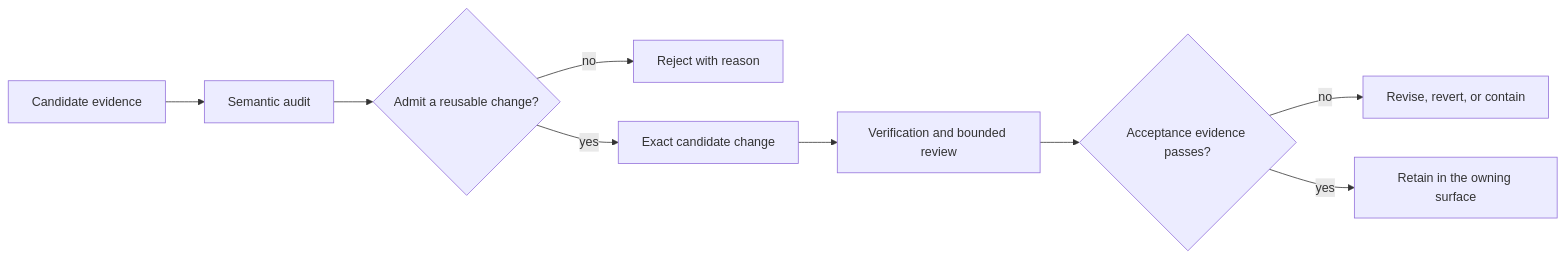
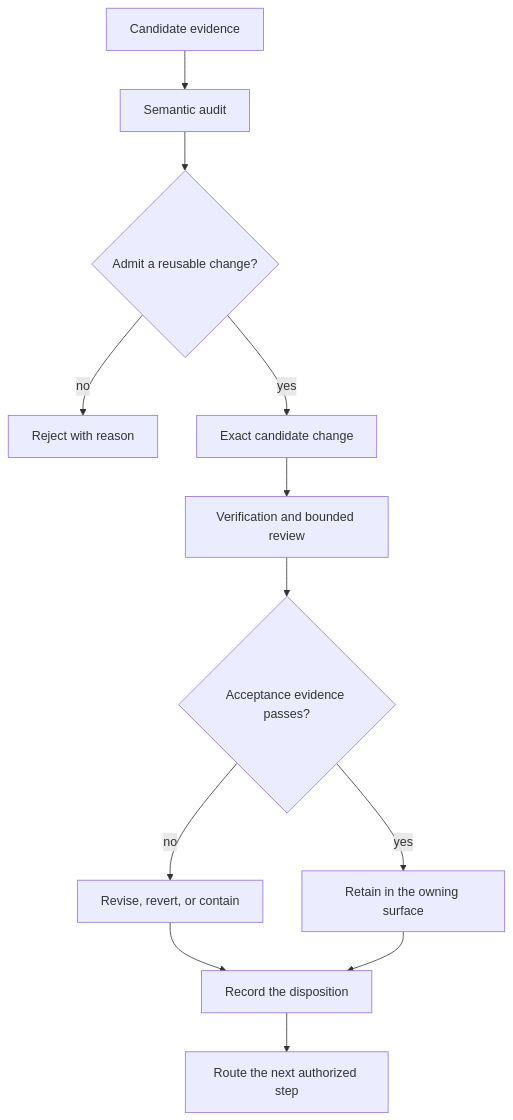
Before and after one commit to laurenzpavlosmalisianos/master-prompt-agreement: the second of 2 diagrams in README.md, drawn with Mermaid.

Commit message:
Improve README diagram readability
Use a vertical controlled-improvement flow and explicit closeout steps.

````diff
--- a/README.md
+++ b/README.md
@@ -230,11 +230,14 @@
 ```mermaid
-flowchart LR
+flowchart TB
   A["Candidate evidence"] --> B["Semantic audit"]
   B --> C{"Admit a reusable change?"}
   C -- "no" --> D["Reject with reason"]
   C -- "yes" --> E["Exact candidate change"]
   E --> F["Verification and bounded review"]
   F --> G{"Acceptance evidence passes?"}
   G -- "no" --> H["Revise, revert, or contain"]
   G -- "yes" --> I["Retain in the owning surface"]
+  H --> J["Record the disposition"]
+  I --> J
+  J --> K["Route the next authorized step"]
 ```
````
